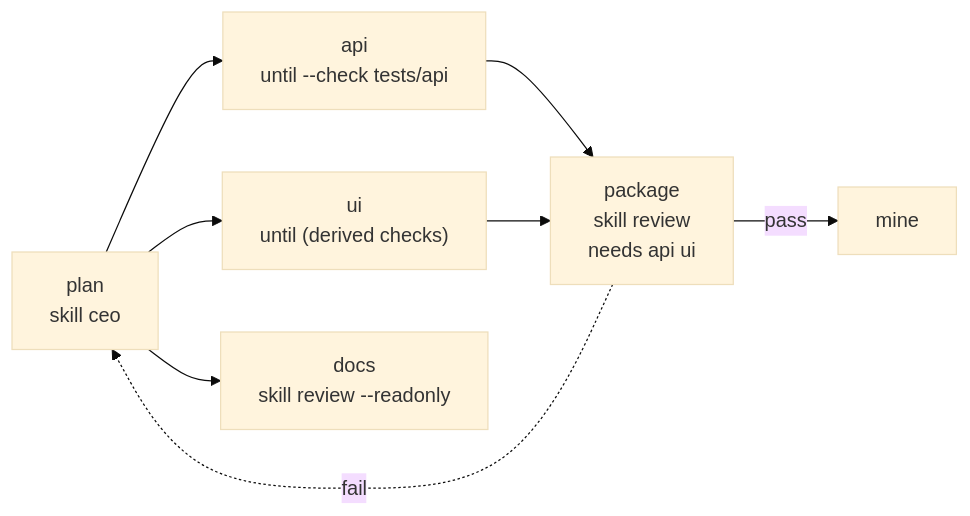
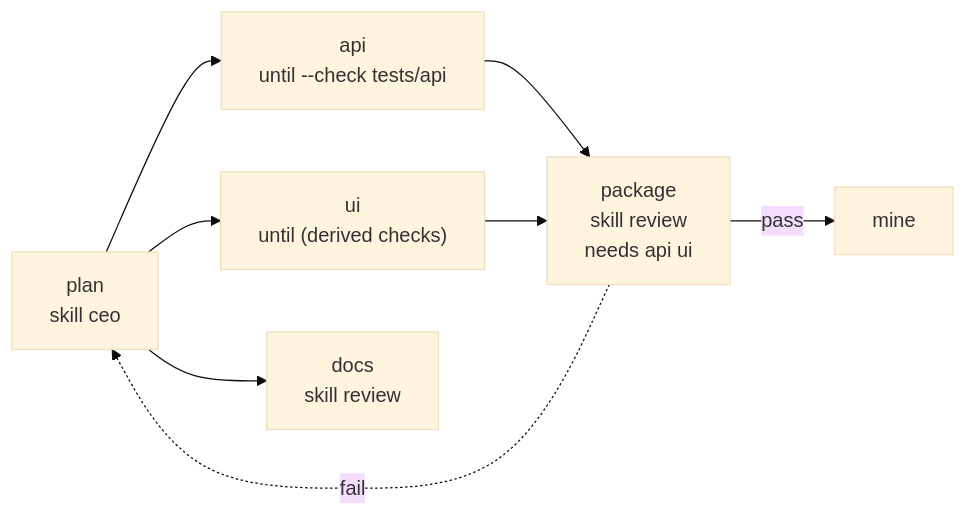
Before and after one commit to XD-Builder/environment-setup: the third of 6 diagrams in lmloop/docs/DESIGN_DAG_AND_KNOWLEDGE_CANVAS.md, drawn with Mermaid (base theme). The commit also changed other lines of this file and 4 other files, not shown here.

````diff
--- a/lmloop/docs/DESIGN_DAG_AND_KNOWLEDGE_CANVAS.md
+++ b/lmloop/docs/DESIGN_DAG_AND_KNOWLEDGE_CANVAS.md
@@ -361,10 +278,10 @@
 ```mermaid
 flowchart LR
   plan["plan<br/>skill ceo"] --> api["api<br/>until --check tests/api"]
   plan --> ui["ui<br/>until (derived checks)"]
-  plan --> docs["docs<br/>skill review --readonly"]
+  plan --> docs["docs<br/>skill review"]
   api --> package["package<br/>skill review<br/>needs api ui"]
   ui --> package
   package -->|"pass"| mine["mine"]
   package -.->|"fail"| plan
 ```
````
